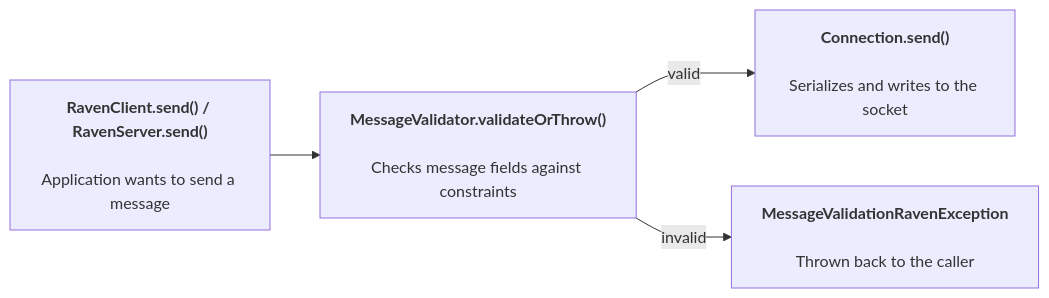
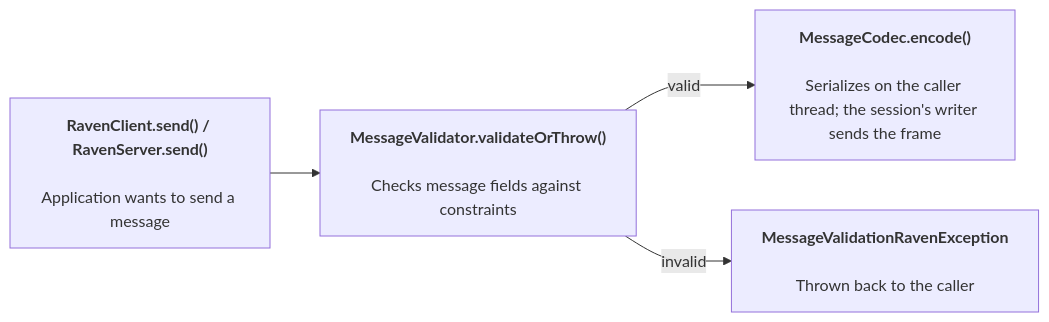
One commit to Trimax/raven changed the third of 3 diagrams in README.md. Above: the diagram before and after it, drawn with Mermaid. The commit also changed other lines of this file and 119 other files, not shown here.

````diff
--- a/README.md
+++ b/README.md
@@ -424,11 +509,11 @@
 ```mermaid
 ---
 config:
   flowchart:
     curve: monotoneX
 ---
 flowchart LR
     A["<b>RavenClient.send() / RavenServer.send()</b><br/><br/>Application wants to send a message"] --> B["<b>MessageValidator.validateOrThrow()</b><br/><br/>Checks message fields against constraints"]
-    B -->|valid| C["<b>Connection.send()</b><br/><br/>Serializes and writes to the socket"]
+    B -->|valid| C["<b>MessageCodec.encode()</b><br/><br/>Serializes on the caller thread; the session's writer sends the frame"]
     B -->|invalid| D["<b>MessageValidationRavenException</b><br/><br/>Thrown back to the caller"]
 ```
````
